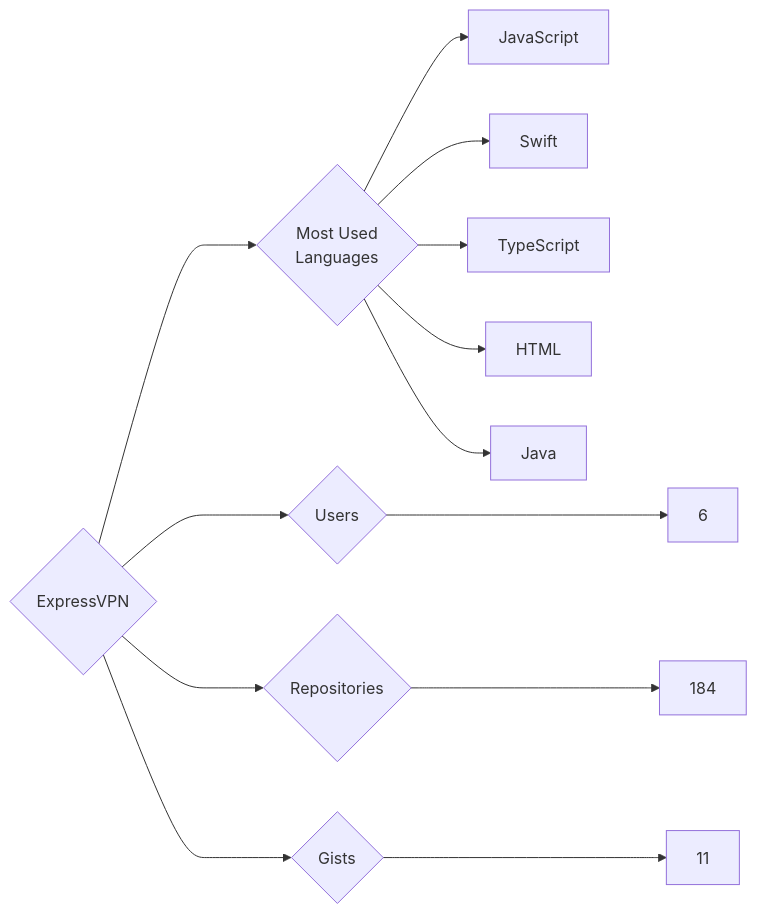
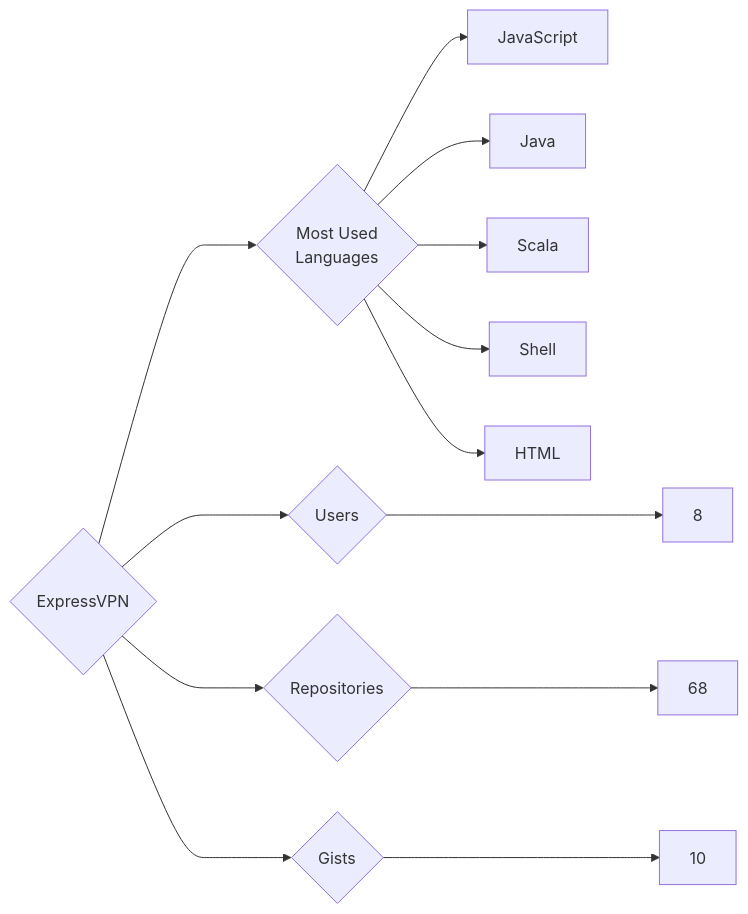
Before and after one commit to trickest/insiders: the diagram in targets/ExpressVPN/README.md, drawn with Mermaid. The commit also changed 1089 other files, not shown here.

````diff
--- a/targets/ExpressVPN/README.md
+++ b/targets/ExpressVPN/README.md
@@ -3,13 +3,13 @@
 ```mermaid
 graph LR
 COMPANY_NAME{ExpressVPN}
-COMPANY_NAME ---> U{Users} ---> UN[6]
-COMPANY_NAME ---> R{Repositories} ---> RN[184]
-COMPANY_NAME ---> G{Gists} ---> GN[11]
+COMPANY_NAME ---> U{Users} ---> UN[8]
+COMPANY_NAME ---> R{Repositories} ---> RN[68]
+COMPANY_NAME ---> G{Gists} ---> GN[10]
 COMPANY_NAME ---> ML{Most Used<br>Languages}
 ML --> JavaScript[JavaScript]
-ML --> Swift[Swift]
-ML --> TypeScript[TypeScript]
+ML --> Java[Java]
+ML --> Scala[Scala]
+ML --> Shell[Shell]
 ML --> HTML[HTML]
-ML --> Java[Java]
 ```
````
